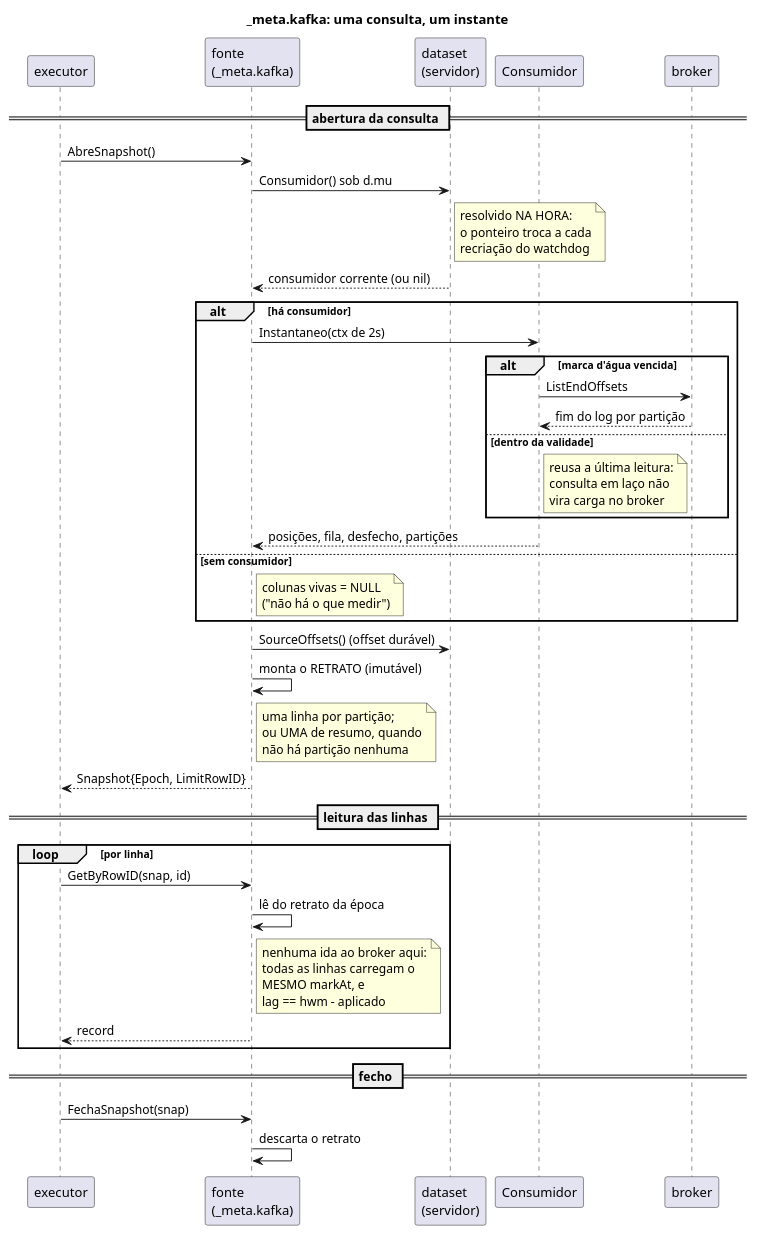
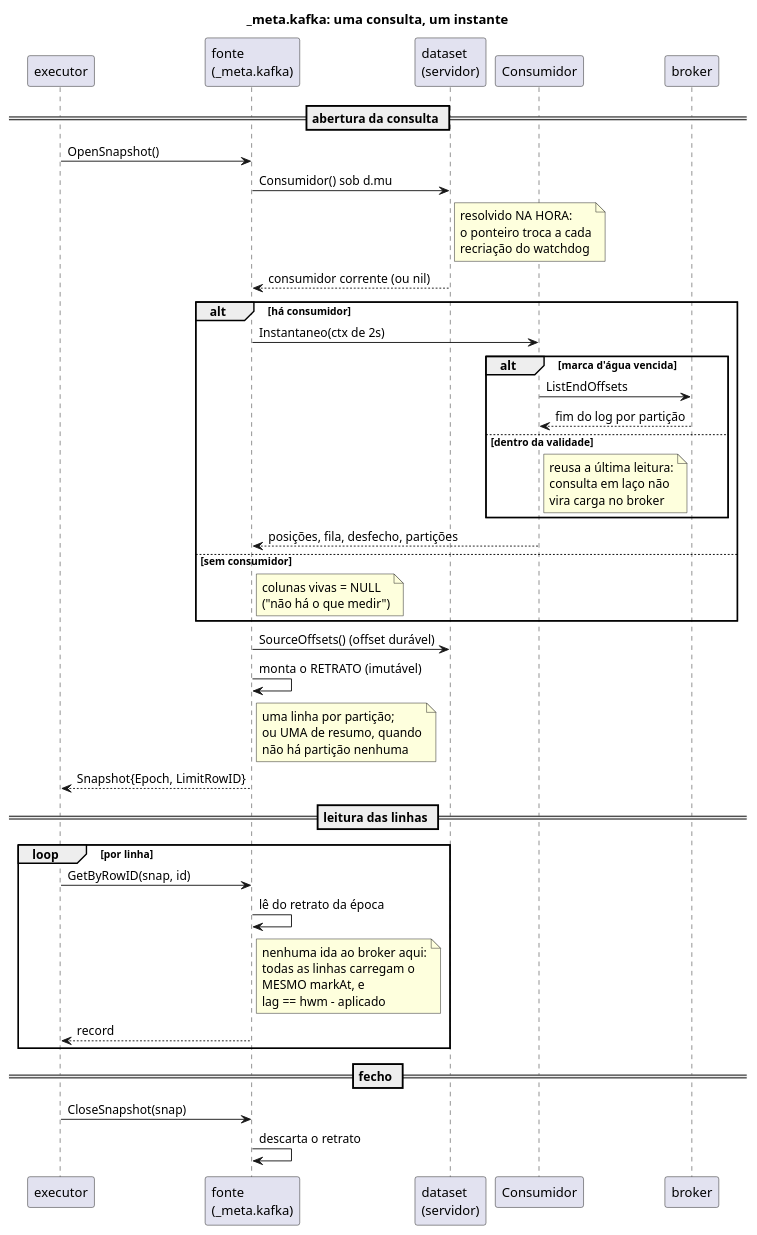
The diagram in docs/diagrams/meta_kafka.puml (nishisan-dev/nishidb), drawn with PlantUML before and after one commit. The commit also changed 25 other files, not shown here.

```diff
--- a/docs/diagrams/meta_kafka.puml
+++ b/docs/diagrams/meta_kafka.puml
@@ -1,67 +1,67 @@
 @startuml
 title _meta.kafka: uma consulta, um instante
 
 skinparam defaultTextAlignment left
 
 participant "executor" as EX
 participant "fonte\n(_meta.kafka)" as F
 participant "dataset\n(servidor)" as D
 participant "Consumidor" as C
 participant "broker" as B
 
 == abertura da consulta ==
-EX -> F: AbreSnapshot()
+EX -> F: OpenSnapshot()
 F -> D: Consumidor() sob d.mu
 note right of D
   resolvido NA HORA:
   o ponteiro troca a cada
   recriação do watchdog
 end note
 D --> F: consumidor corrente (ou nil)
 
 alt há consumidor
   F -> C: Instantaneo(ctx de 2s)
   alt marca d'água vencida
     C -> B: ListEndOffsets
     B --> C: fim do log por partição
   else dentro da validade
     note right of C
       reusa a última leitura:
       consulta em laço não
       vira carga no broker
     end note
   end
   C --> F: posições, fila, desfecho, partições
 else sem consumidor
   note right of F
     colunas vivas = NULL
     ("não há o que medir")
   end note
 end
 
 F -> D: SourceOffsets() (offset durável)
 F -> F: monta o RETRATO (imutável)
 note right of F
   uma linha por partição;
   ou UMA de resumo, quando
   não há partição nenhuma
 end note
 F --> EX: Snapshot{Epoch, LimitRowID}
 
 == leitura das linhas ==
 loop por linha
   EX -> F: GetByRowID(snap, id)
   F -> F: lê do retrato da época
   note right of F
     nenhuma ida ao broker aqui:
     todas as linhas carregam o
     MESMO markAt, e
     lag == hwm - aplicado
   end note
   F --> EX: record
 end
 
 == fecho ==
-EX -> F: FechaSnapshot(snap)
+EX -> F: CloseSnapshot(snap)
 F -> F: descarta o retrato
 @enduml
```
